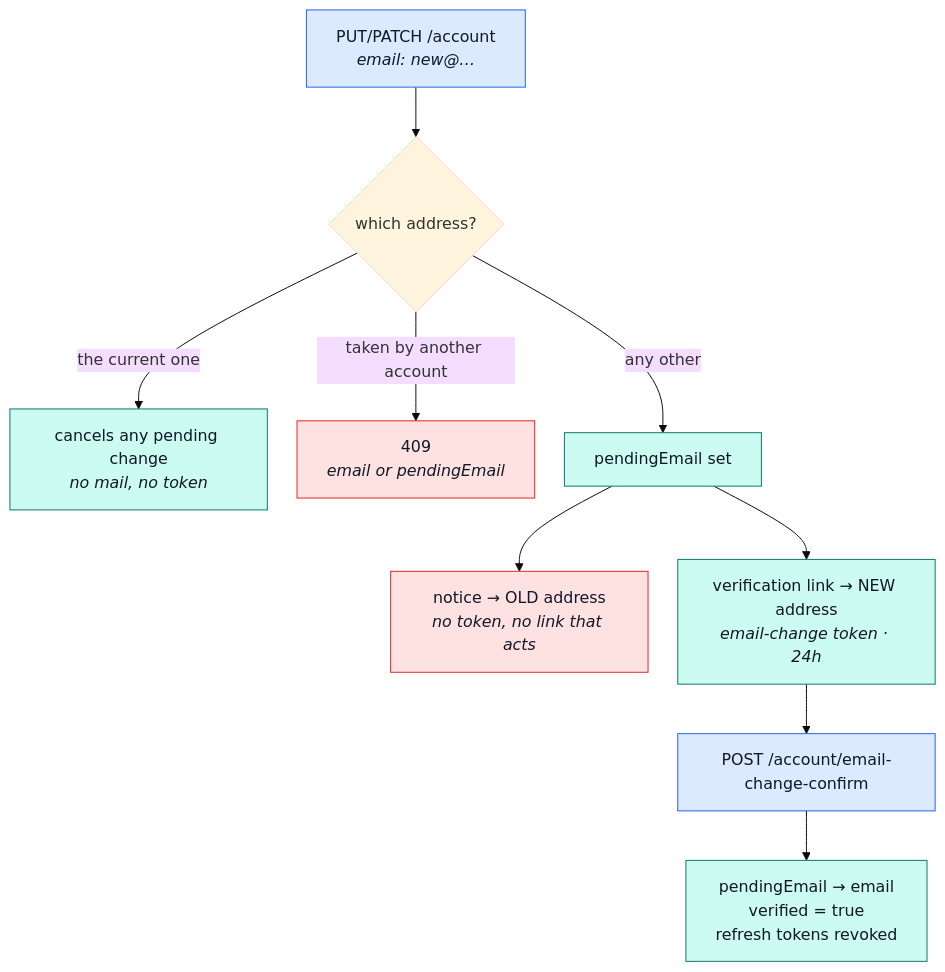
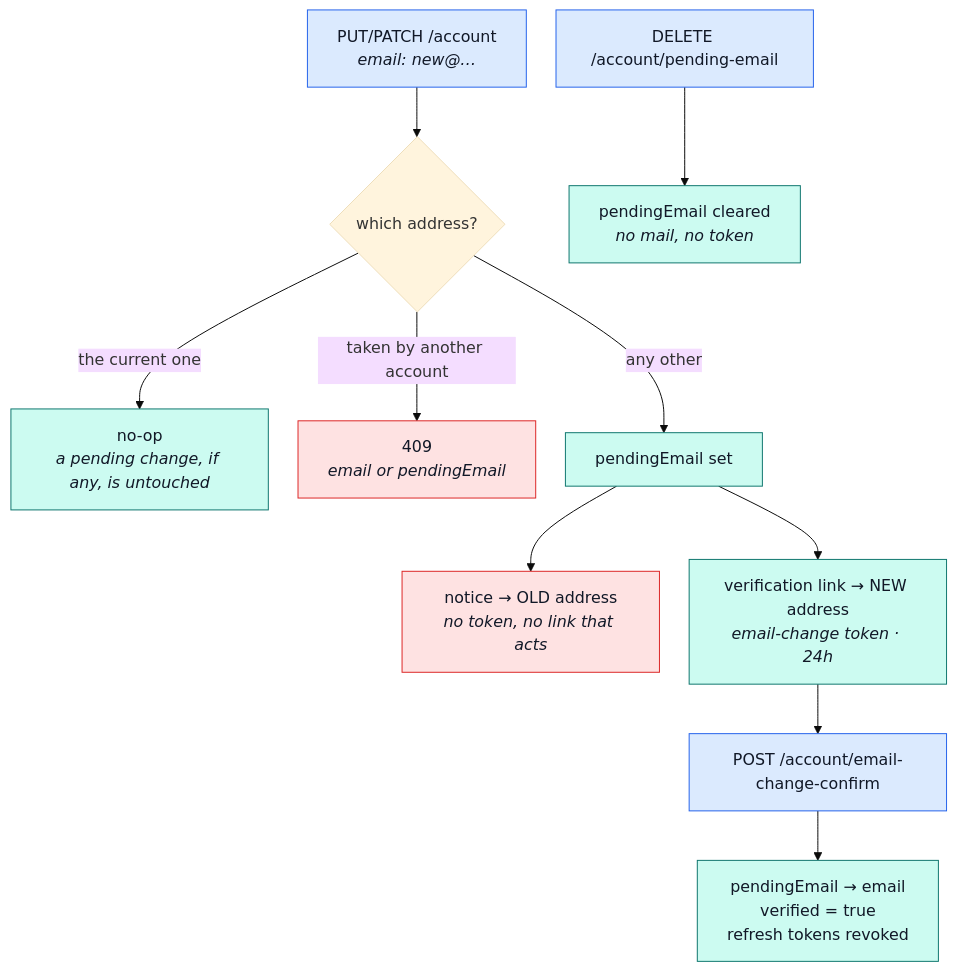
Before and after one commit to Guebbit/boilerplate-node-backend: the third of 3 diagrams in docs/modules/account.md, drawn with Mermaid (base theme). The commit also changed other lines of this file and 15 other files, not shown here.

First line of the commit message:
fix(account): only an explicit request cancels a pending email change

````diff
--- a/docs/modules/account.md
+++ b/docs/modules/account.md
@@ -112,19 +112,20 @@
 ```mermaid
 %%{init: {'flowchart': {'nodeSpacing': 30, 'rankSpacing': 50}}}%%
 flowchart TB
     P["PUT/PATCH /account<br/><i>email: new@…</i>"] --> C{"which address?"}
-    C -->|"the current one"| X["cancels any pending change<br/><i>no mail, no token</i>"]
+    C -->|"the current one"| O["no-op<br/><i>a pending change, if any, is untouched</i>"]
     C -->|"taken by another account"| R["409<br/><i>email or pendingEmail</i>"]
     C -->|"any other"| W["pendingEmail set"]
     W --> N["notice → OLD address<br/><i>no token, no link that acts</i>"]
     W --> V["verification link → NEW address<br/><i>email-change token · 24h</i>"]
     V --> F["POST /account/email-change-confirm"]
     F --> S["pendingEmail → email<br/>verified = true<br/>refresh tokens revoked"]
+    D["DELETE /account/pending-email"] --> X["pendingEmail cleared<br/><i>no mail, no token</i>"]
 
     classDef entry fill:#dbeafe,stroke:#2563eb,color:#111827;
     classDef warn fill:#fee2e2,stroke:#dc2626,color:#111827;
     classDef done fill:#ccfbf1,stroke:#0f766e,color:#111827;
-    class P,F entry;
+    class P,F,D entry;
     class R,N warn;
-    class X,W,V,S done;
+    class O,W,V,S,X done;
 ```
````
